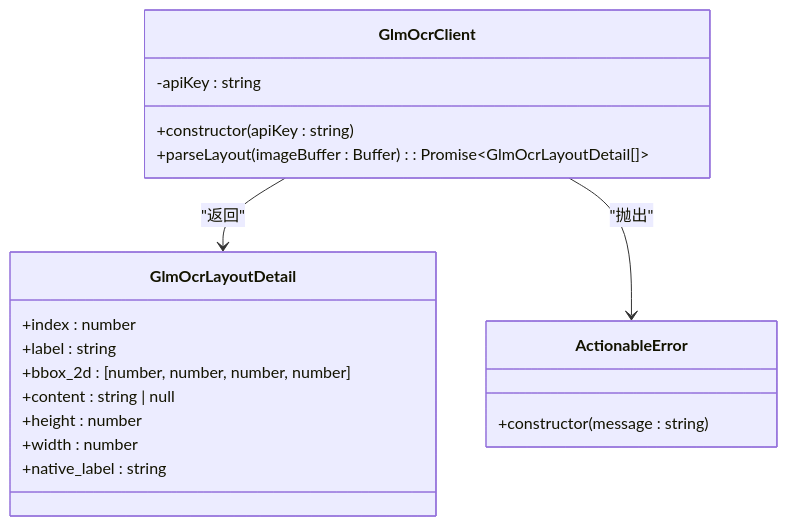
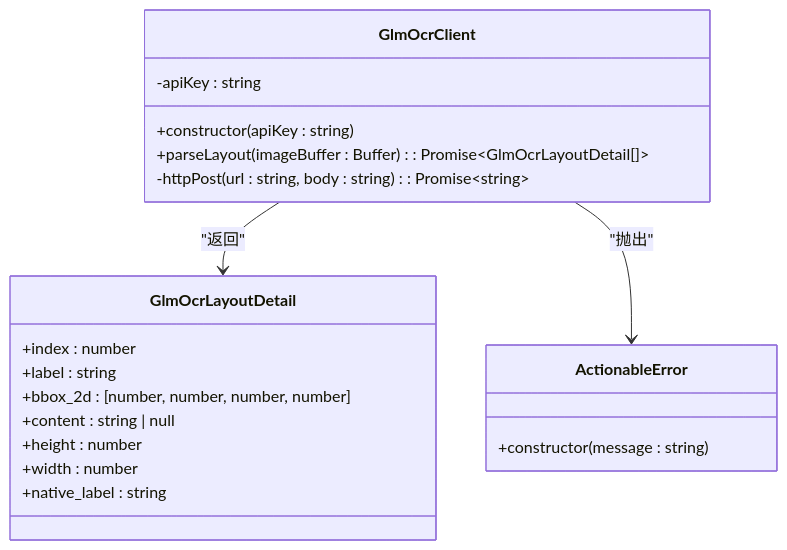
The second of 11 diagrams in .qoder/repowiki/zh/content/MCP 工具参考/屏幕交互工具/GLM-OCR 集成.md (zedomi/mobile-mcp-hmos), drawn with Mermaid before and after one commit. The commit also changed other lines of this file and 3 other files, not shown here.

````diff
--- a/.qoder/repowiki/zh/content/MCP 工具参考/屏幕交互工具/GLM-OCR 集成.md
+++ b/.qoder/repowiki/zh/content/MCP 工具参考/屏幕交互工具/GLM-OCR 集成.md
@@ -87,22 +97,23 @@
 ```mermaid
 classDiagram
 class GlmOcrClient {
 -apiKey : string
 +constructor(apiKey : string)
 +parseLayout(imageBuffer : Buffer) : Promise~GlmOcrLayoutDetail[]~
+-httpPost(url : string, body : string) : Promise~string~
 }
 class GlmOcrLayoutDetail {
 +index : number
 +label : string
 +bbox_2d : [number, number, number, number]
 +content : string | null
 +height : number
 +width : number
 +native_label : string
 }
 class ActionableError {
 +constructor(message : string)
 }
 GlmOcrClient --> GlmOcrLayoutDetail : "返回"
 GlmOcrClient --> ActionableError : "抛出"
 ```
````
